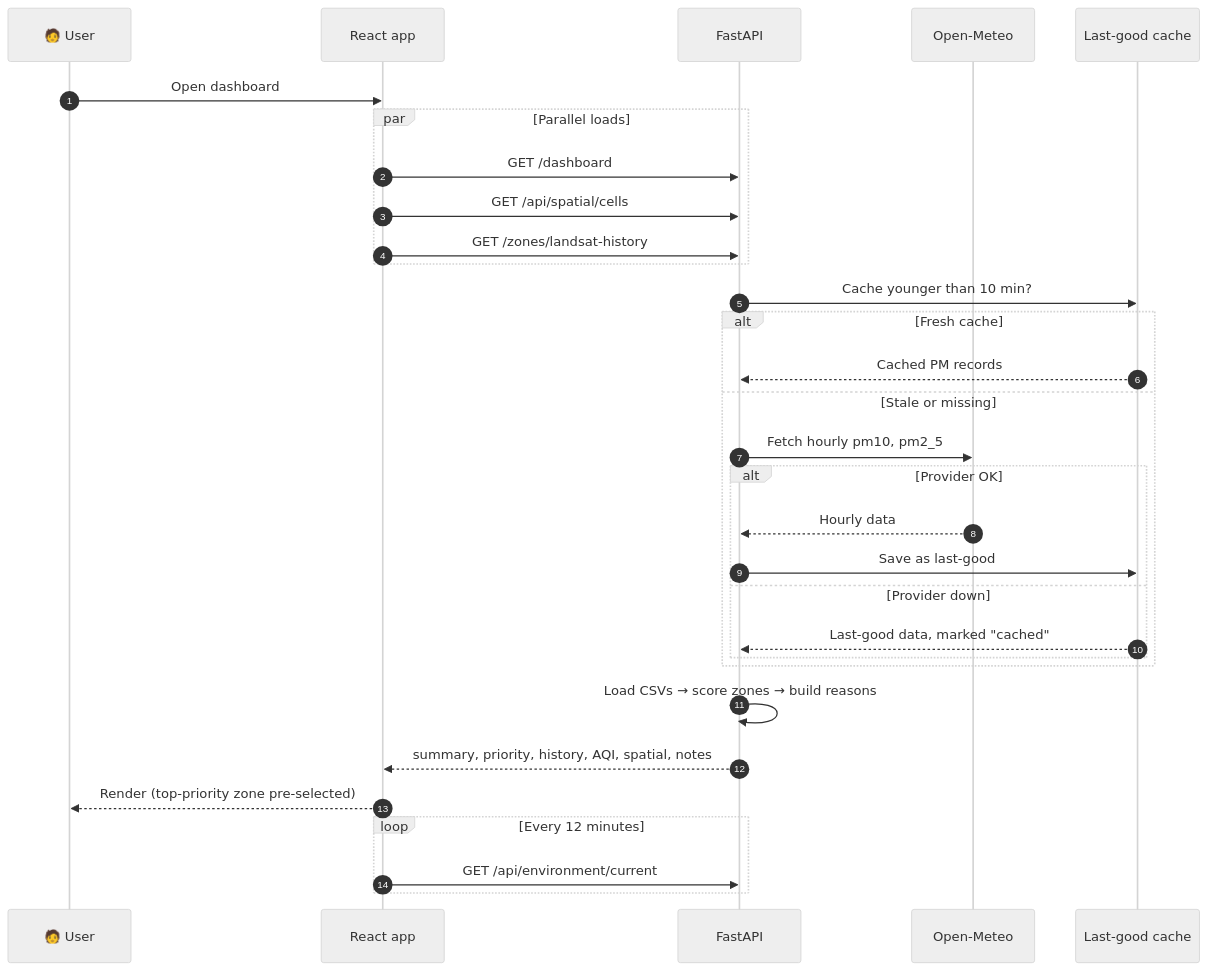
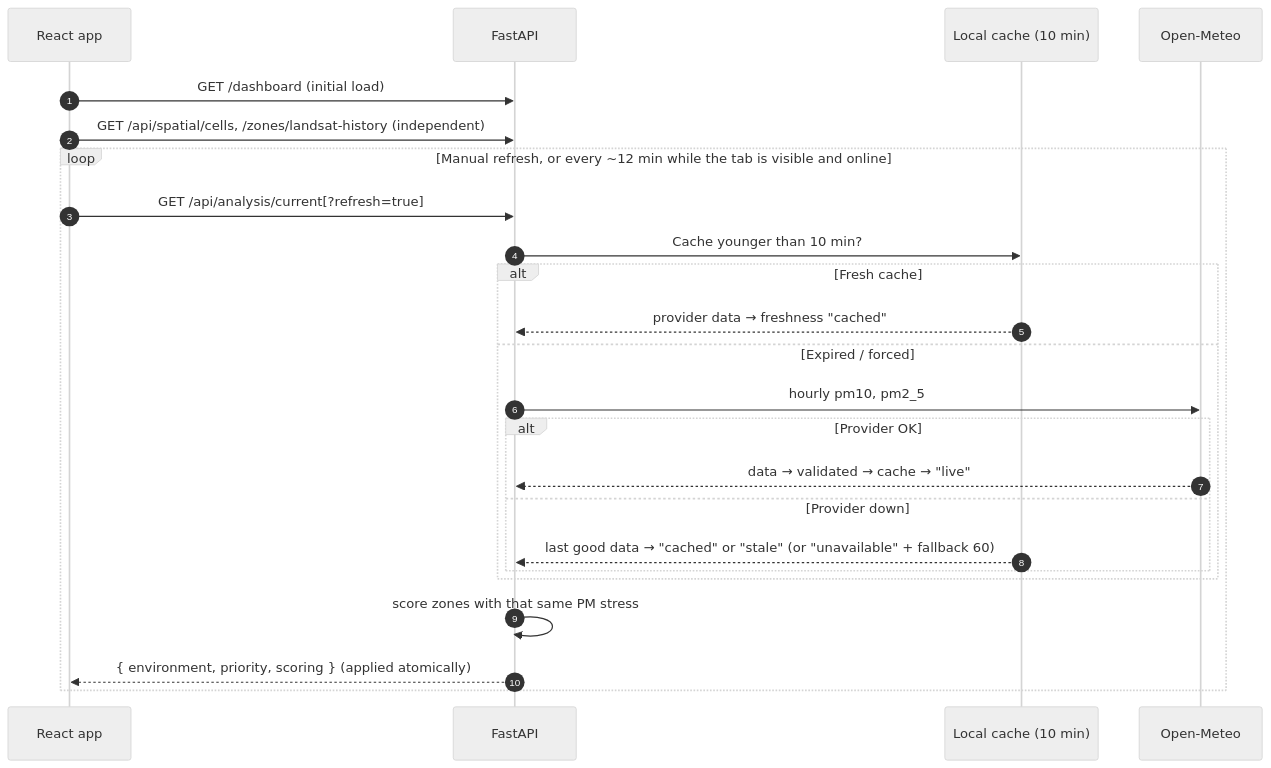
Before and after one commit to vijayshreepathak/GreenPulse-Ai: the second of 4 diagrams in README.md, drawn with Mermaid (neutral theme). The commit also changed other lines of this file and 156 other files, not shown here.

````diff
--- a/README.md
+++ b/README.md
@@ -238,34 +176,27 @@
 ```mermaid
 sequenceDiagram
     autonumber
-    participant U as 🧑 User
-    participant FE as React app
+    participant UI as React app
     participant API as FastAPI
+    participant C as Local cache (10 min)
     participant OM as Open-Meteo
-    participant C as Last-good cache
 
-    U->>FE: Open dashboard
-    par Parallel loads
-        FE->>API: GET /dashboard
-        FE->>API: GET /api/spatial/cells
-        FE->>API: GET /zones/landsat-history
-    end
-    API->>C: Cache younger than 10 min?
-    alt Fresh cache
-        C-->>API: Cached PM records
-    else Stale or missing
-        API->>OM: Fetch hourly pm10, pm2_5
-        alt Provider OK
-            OM-->>API: Hourly data
-            API->>C: Save as last-good
-        else Provider down
-            C-->>API: Last-good data, marked "cached"
+    UI->>API: GET /dashboard (initial load)
+    UI->>API: GET /api/spatial/cells, /zones/landsat-history (independent)
+    loop Manual refresh, or every ~12 min while the tab is visible and online
+        UI->>API: GET /api/analysis/current[?refresh=true]
+        API->>C: Cache younger than 10 min?
+        alt Fresh cache
+            C-->>API: provider data  →  freshness "cached"
+        else Expired / forced
+            API->>OM: hourly pm10, pm2_5
+            alt Provider OK
+                OM-->>API: data → validated → cache  →  "live"
+            else Provider down
+                C-->>API: last good data  →  "cached" or "stale" (or "unavailable" + fallback 60)
+            end
         end
-    end
-    API->>API: Load CSVs → score zones → build reasons
-    API-->>FE: summary, priority, history, AQI, spatial, notes
-    FE-->>U: Render (top-priority zone pre-selected)
-    loop Every 12 minutes
-        FE->>API: GET /api/environment/current
+        API->>API: score zones with that same PM stress
+        API-->>UI: { environment, priority, scoring }  (applied atomically)
     end
 ```
````
